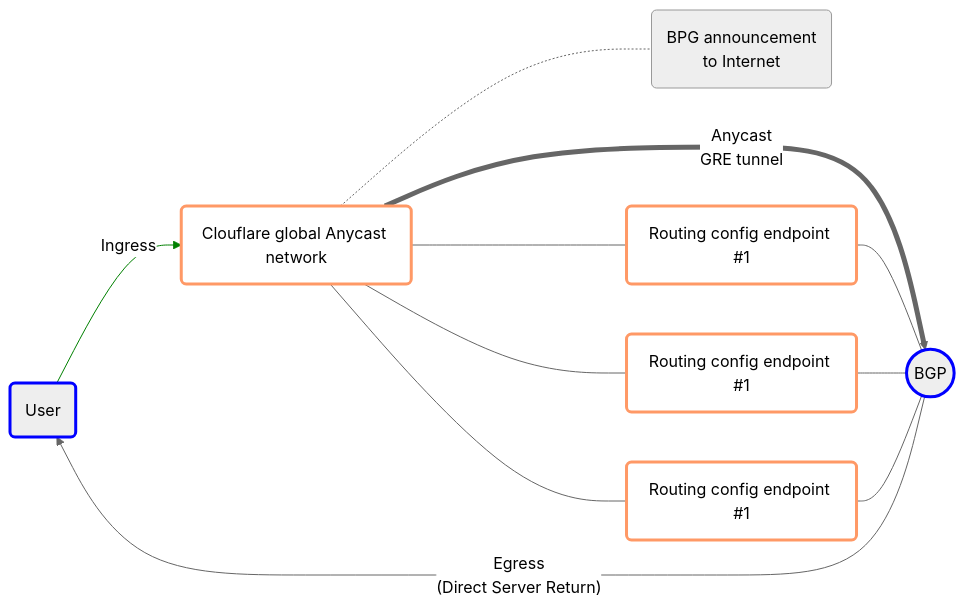
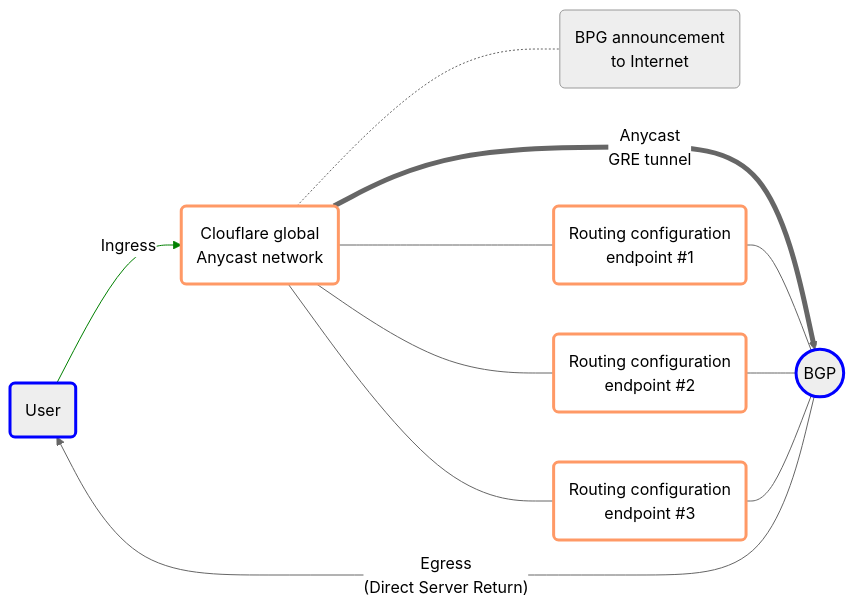
One commit to cloudflare/cloudflare-docs changed the diagram in content/magic-transit/how-to/advertise-prefixes.md. Above: the diagram before and after it, drawn with Mermaid (neutral theme).

Commit message:
corrected text routing config

````diff
--- a/content/magic-transit/how-to/advertise-prefixes.md
+++ b/content/magic-transit/how-to/advertise-prefixes.md
@@ -78,18 +78,18 @@
 ```mermaid
 flowchart LR
 accTitle: Border Gateway Control advertisements
 accDescr: Use BGP to control the status of your prefix.
 
-a(User)-- Ingress -->b(Clouflare global Anycast network) == Anycast <br> GRE tunnel ==> c((BGP))
-b(Clouflare global Anycast network)-.-z(BPG announcement <br> to Internet)
-b(Clouflare global Anycast network) --- d("Routing config endpoint #1") & e("Routing config endpoint #1") & f("Routing config endpoint #1") --- c((BGP))
+a(User)-- Ingress -->b(Clouflare global <br> Anycast network) == Anycast <br> GRE tunnel ==> c((BGP))
+b(Clouflare global <br> Anycast network)-.-z(BPG announcement <br> to Internet)
+b(Clouflare global <br> Anycast network) --- d("Routing configuration <br> endpoint #1") & e("Routing configuration <br> endpoint #2") & f("Routing configuration <br> endpoint #3") --- c((BGP))
 c((BGP))-- "Egress <br> (Direct Server Return)" -->a(User)
 
 classDef orangestroke fill:white,stroke:#f96,stroke-width:3px
 classDef blue stroke:blue,stroke-width:3px
 linkStyle 0 stroke:green
 linkStyle 1 stroke-width:5px
 class d,e,f orangestroke
 class a,c blue
 class b orangestroke
 ```
````
